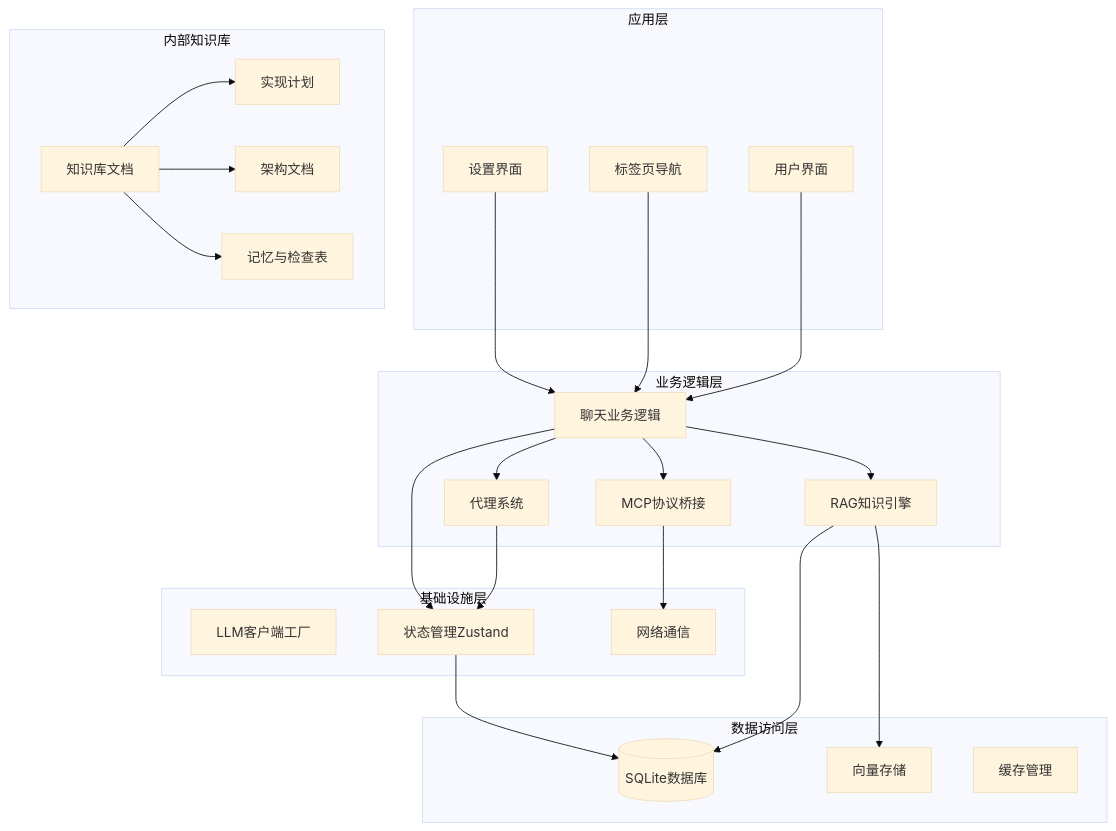
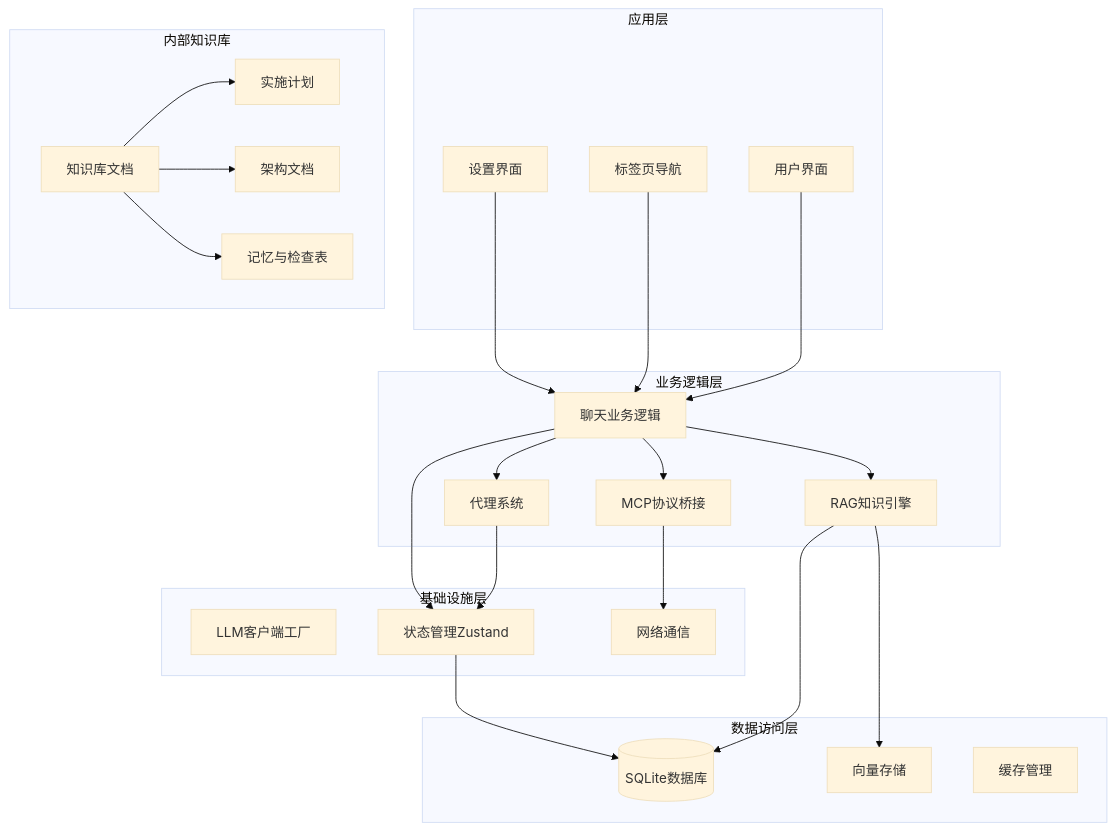
Before and after one commit to NarcisWL/Nexara: the first of 10 diagrams in .qoder/repowiki/zh/content/开发指南/知识管理系统/知识管理系统.md, drawn with Mermaid (base theme). The commit also changed other lines of this file and 10 other files, not shown here.

````diff
--- a/.qoder/repowiki/zh/content/开发指南/知识管理系统/知识管理系统.md
+++ b/.qoder/repowiki/zh/content/开发指南/知识管理系统/知识管理系统.md
@@ -73,45 +71,45 @@
 ```mermaid
 graph TB
 subgraph "应用层"
 UI[用户界面]
 TABS[标签页导航]
 SETTINGS[设置界面]
 end
 subgraph "业务逻辑层"
 CHAT[聊天业务逻辑]
 RAG[RAG知识引擎]
 AGENT[代理系统]
 MCP[MCP协议桥接]
 end
 subgraph "数据访问层"
 DB[(SQLite数据库)]
 VECTOR[向量存储]
 CACHE[缓存管理]
 end
 subgraph "基础设施层"
 LLM[LLM客户端工厂]
 STORE[状态管理Zustand]
 NETWORK[网络通信]
 end
 subgraph "内部知识库"
 KB[知识库文档]
-PLAN[实现计划]
+PLAN[实施计划]
 ARCH[架构文档]
 MEMO[记忆与检查表]
 end
 UI --> CHAT
 TABS --> CHAT
 SETTINGS --> CHAT
 CHAT --> RAG
 CHAT --> AGENT
 CHAT --> MCP
 RAG --> DB
 RAG --> VECTOR
 AGENT --> STORE
 MCP --> NETWORK
 CHAT --> STORE
 STORE --> DB
 KB --> PLAN
 KB --> ARCH
 KB --> MEMO
 ```
````
